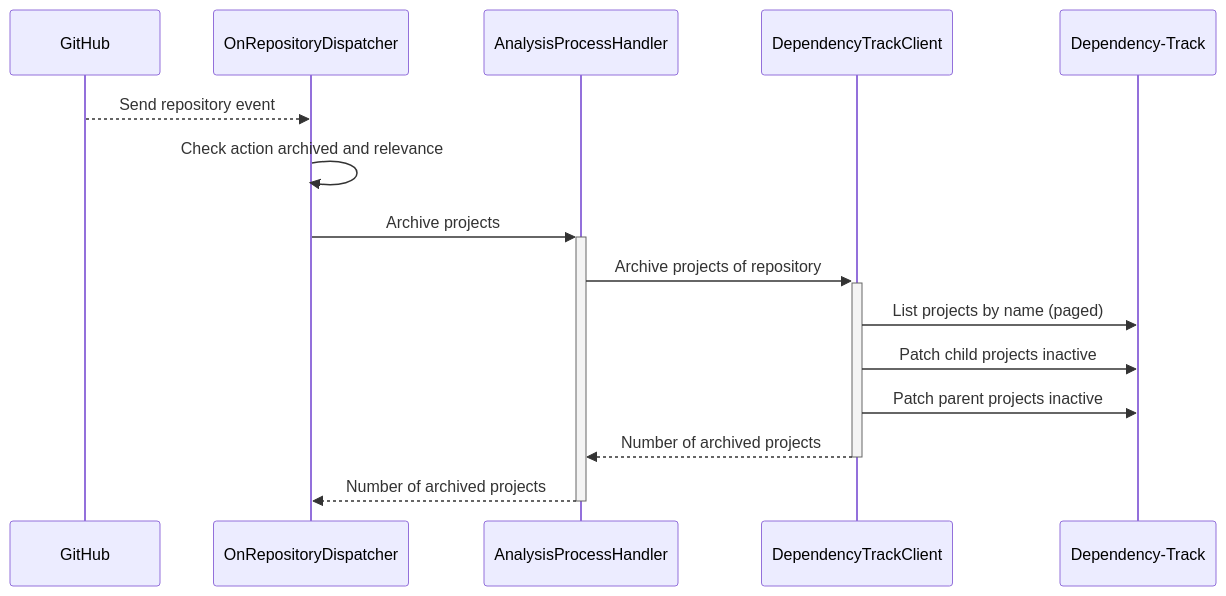
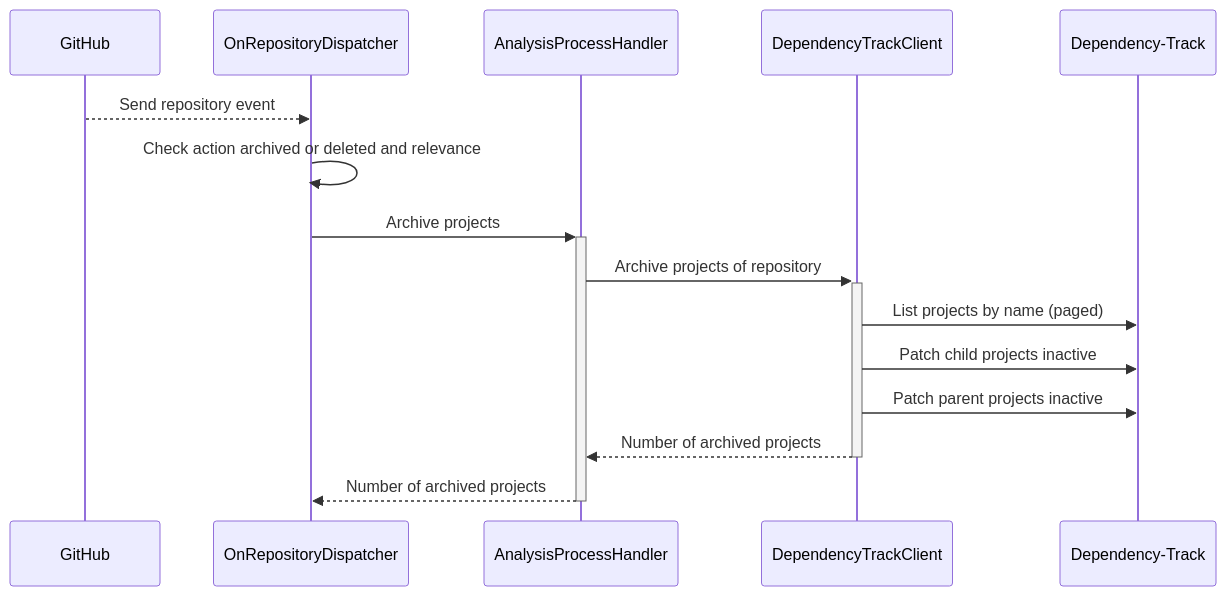
Before and after one commit to MediaMarktSaturn/technolinator: the second of 2 diagrams in docs/Project_Structure.md, drawn with Mermaid. The commit also changed other lines of this file and 11 other files, not shown here.

````diff
--- a/docs/Project_Structure.md
+++ b/docs/Project_Structure.md
@@ -48,16 +49,16 @@
 ```mermaid
 sequenceDiagram
 
     GitHub -->> OnRepositoryDispatcher: Send repository event
-    OnRepositoryDispatcher ->> OnRepositoryDispatcher: Check action archived and relevance
+    OnRepositoryDispatcher ->> OnRepositoryDispatcher: Check action archived or deleted and relevance
 
     OnRepositoryDispatcher ->>+ AnalysisProcessHandler: Archive projects
     AnalysisProcessHandler ->>+ DependencyTrackClient: Archive projects of repository
 
     DependencyTrackClient ->> Dependency-Track: List projects by name (paged)
     DependencyTrackClient ->> Dependency-Track: Patch child projects inactive
     DependencyTrackClient ->> Dependency-Track: Patch parent projects inactive
 
     DependencyTrackClient -->>- AnalysisProcessHandler: Number of archived projects
     AnalysisProcessHandler -->>- OnRepositoryDispatcher: Number of archived projects
 ```
````
